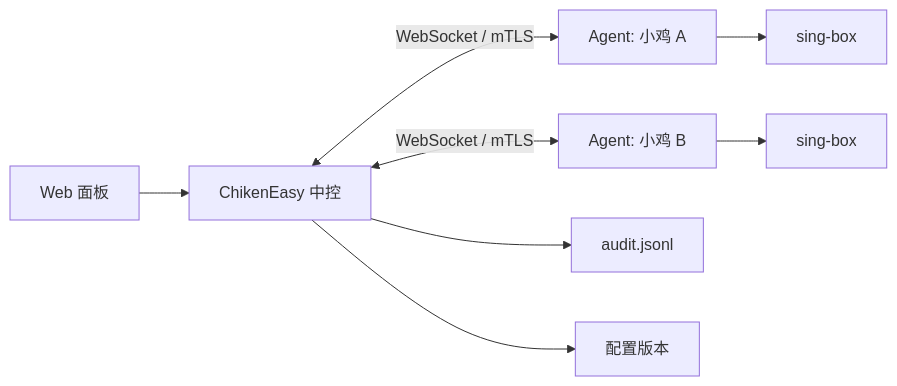
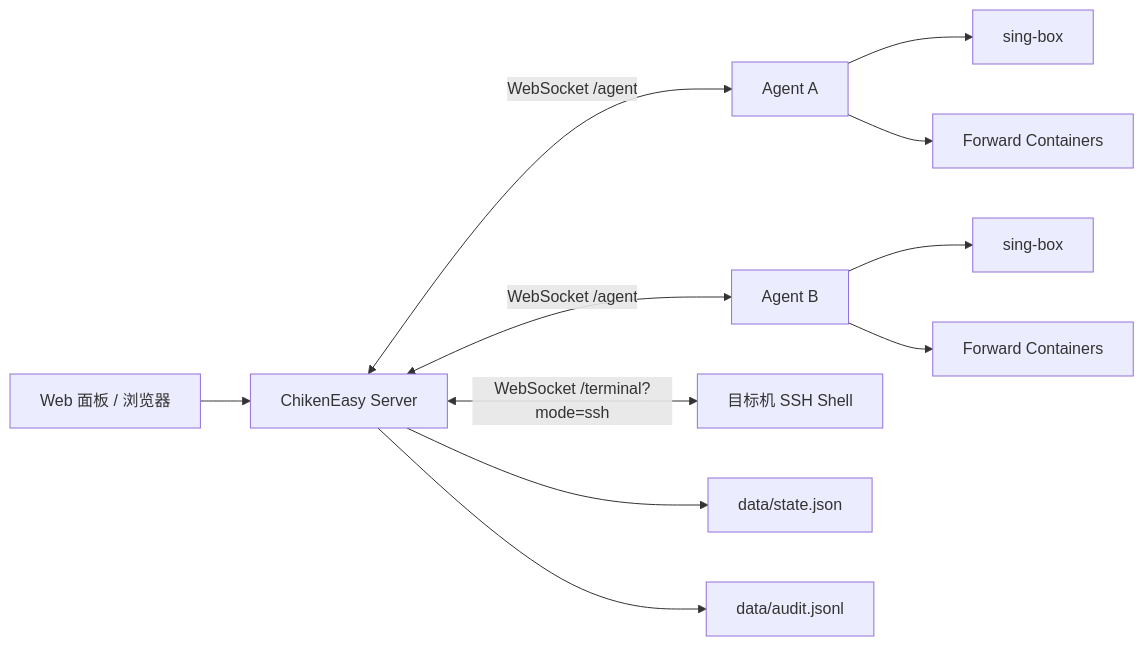
The diagram in docs/architecture.md (fengbule/chiken-easy), drawn with Mermaid before and after one commit. The commit also changed other lines of this file and 1 other file, not shown here.

Commit message:
docs: refresh development and architecture guides

````diff
--- a/docs/architecture.md
+++ b/docs/architecture.md
@@ -3,10 +5,13 @@
 ```mermaid
 flowchart LR
-  Admin["Web 面板"] --> Server["ChikenEasy 中控"]
-  Server <-->|"WebSocket / mTLS"| Agent1["Agent: 小鸡 A"]
-  Server <-->|"WebSocket / mTLS"| Agent2["Agent: 小鸡 B"]
+  Admin["Web 面板 / 浏览器"] --> Server["ChikenEasy Server"]
+  Server <-->|"WebSocket /agent"| Agent1["Agent A"]
+  Server <-->|"WebSocket /agent"| Agent2["Agent B"]
+  Server <-->|"WebSocket /terminal?mode=ssh"| SSH["目标机 SSH Shell"]
   Agent1 --> SB1["sing-box"]
+  Agent1 --> FW1["Forward Containers"]
   Agent2 --> SB2["sing-box"]
-  Server --> Audit["audit.jsonl"]
-  Server --> Versions["配置版本"]
+  Agent2 --> FW2["Forward Containers"]
+  Server --> State["data/state.json"]
+  Server --> Audit["data/audit.jsonl"]
 ```
````
